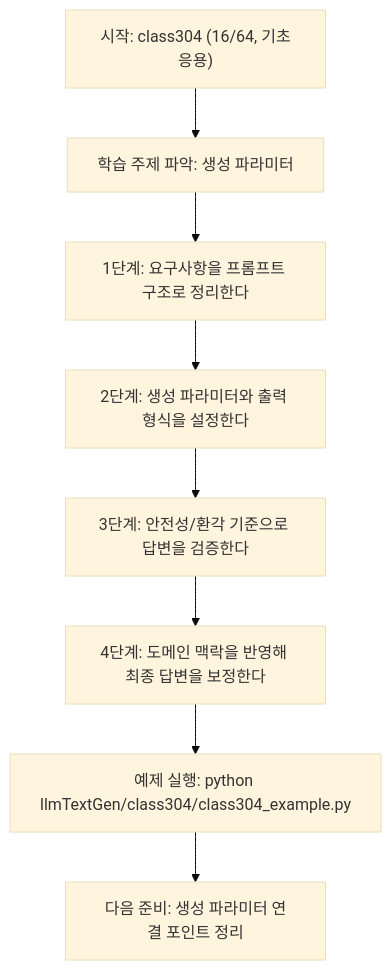
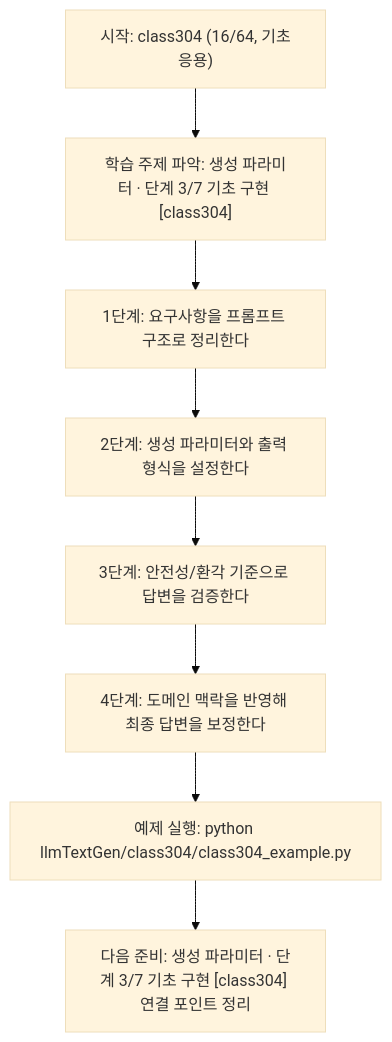
The diagram in llmTextGen/class304/class304.md (edumgt/Python-AI_Agent-Class), drawn with Mermaid (base theme) before and after one commit. The commit also changed other lines of this file and 522 other files, not shown here.

````diff
--- a/llmTextGen/class304/class304.md
+++ b/llmTextGen/class304/class304.md
@@ -112,18 +113,18 @@
 ```mermaid
 flowchart TD
 N1["시작: class304 (16/64, 기초응용)"]
-N2["학습 주제 파악: 생성 파라미터"]
+N2["학습 주제 파악: 생성 파라미터 · 단계 3/7 기초 구현 [class304]"]
 N3["1단계: 요구사항을 프롬프트 구조로 정리한다"]
 N4["2단계: 생성 파라미터와 출력 형식을 설정한다"]
 N5["3단계: 안전성/환각 기준으로 답변을 검증한다"]
 N6["4단계: 도메인 맥락을 반영해 최종 답변을 보정한다"]
 N7["예제 실행: python llmTextGen/class304/class304_example.py"]
-N8["다음 준비: 생성 파라미터 연결 포인트 정리"]
+N8["다음 준비: 생성 파라미터 · 단계 3/7 기초 구현 [class304] 연결 포인트 정리"]
 N1 --> N2
 N2 --> N3
 N3 --> N4
 N4 --> N5
 N5 --> N6
 N6 --> N7
 N7 --> N8
 ```
````
